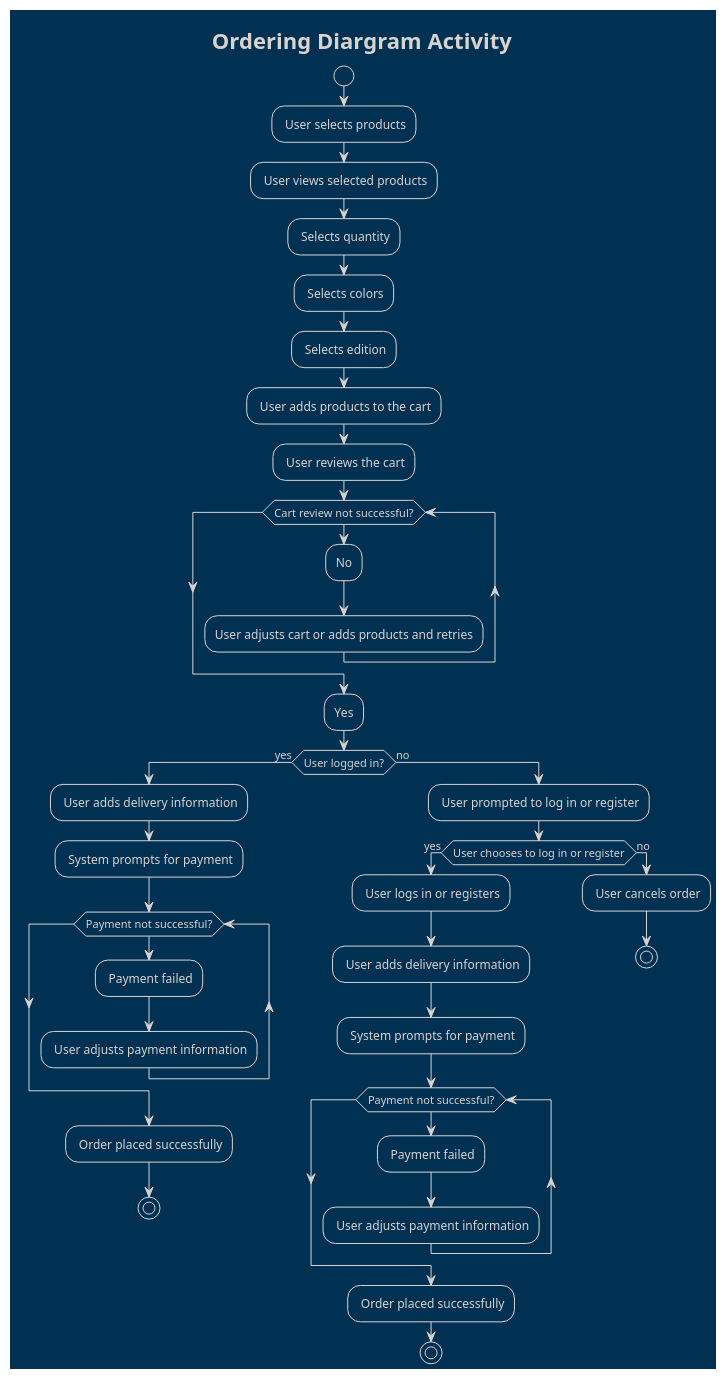
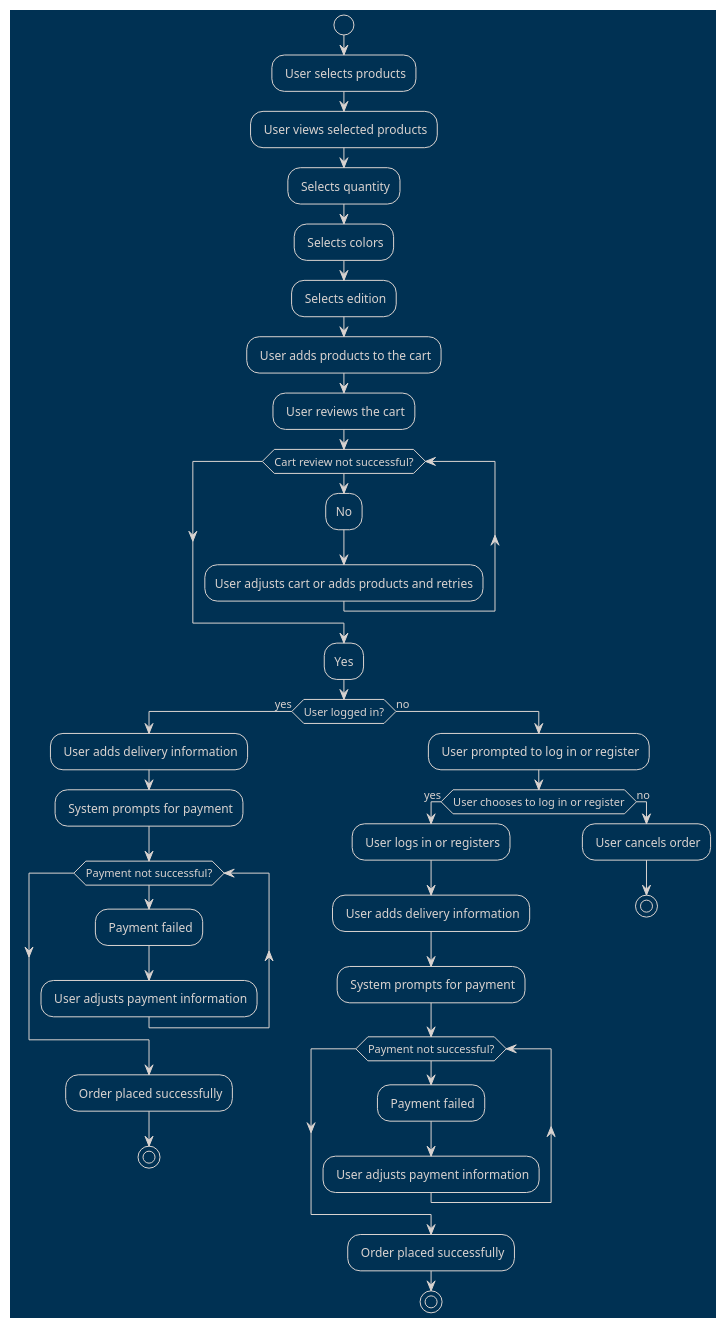
One commit to Pixeloceax/HarmonyHeaven changed the diagram in diagram/activity/cart.wsd. Above: the diagram before and after it, drawn with PlantUML. The commit also changed 1 other file, not shown here.

Commit message:
fix(activity): remove title

```diff
--- a/diagram/activity/cart.wsd
+++ b/diagram/activity/cart.wsd
@@ -1,58 +1,57 @@
-@startuml Ordering Diargram Activity
+@startuml cart checkout
 
 !theme blueprint
-title Ordering Diargram Activity
 
 start
 : User selects products;
 : User views selected products;
 
   : Selects quantity;
   : Selects colors;
   : Selects edition;
 
   
 : User adds products to the cart;
 : User reviews the cart;
 
 while (Cart review not successful?)
   :No;
   :User adjusts cart or adds products and retries;
 endwhile
 :Yes;
 
 if (User logged in?) then (yes)
   : User adds delivery information;
   : System prompts for payment;
 
   while (Payment not successful?)
     : Payment failed;
     : User adjusts payment information;
   endwhile
 
   : Order placed successfully;
   stop
 
 else (no)
   : User prompted to log in or register;
 
   if (User chooses to log in or register) then (yes)
     : User logs in or registers;
     : User adds delivery information;
     : System prompts for payment;
 
     while (Payment not successful?)
       : Payment failed;
       : User adjusts payment information;
     endwhile
 
     : Order placed successfully;
     stop
 
   else (no)
     : User cancels order;
     stop
   endif
 endif
 
 @enduml
```
